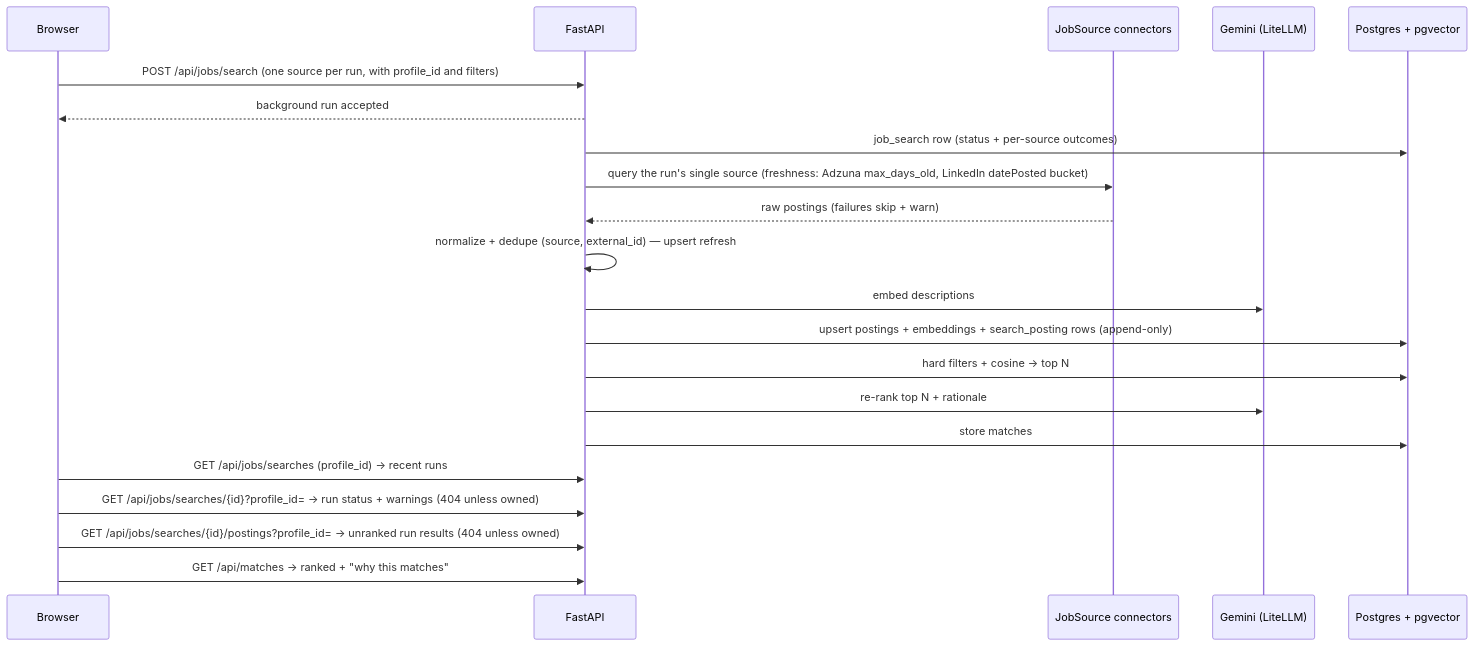
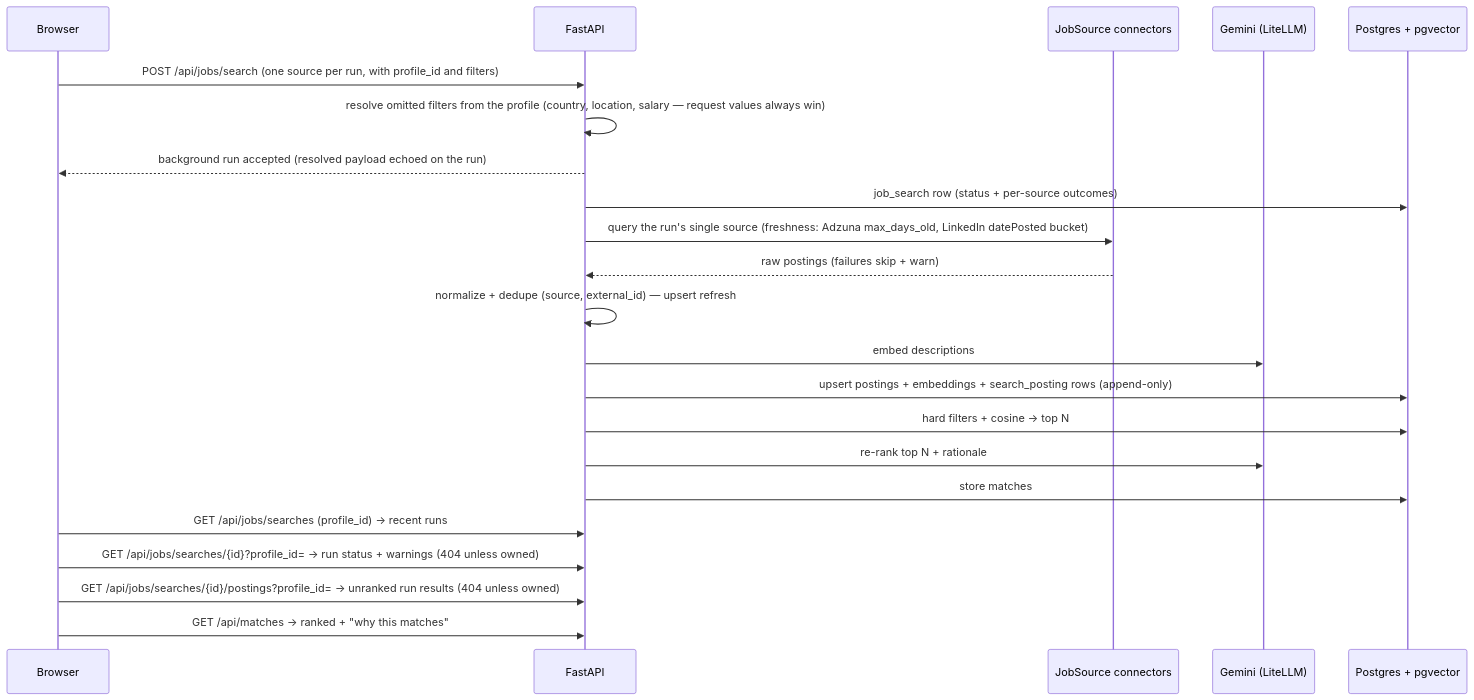
The third of 4 diagrams in docs/architecture.md (MSVhora/ai_job_assistant), drawn with Mermaid before and after one commit. The commit also changed other lines of this file and 25 other files, not shown here.

First line of the commit message:
feat(v4/31): profile-grounded queries + content-hash cache + profile-default search filters

````diff
--- a/docs/architecture.md
+++ b/docs/architecture.md
@@ -98,24 +98,25 @@
 ```mermaid
 sequenceDiagram
     participant B as Browser
     participant A as FastAPI
     participant C as JobSource connectors
     participant G as Gemini (LiteLLM)
     participant D as Postgres + pgvector
 
     B->>A: POST /api/jobs/search (one source per run, with profile_id and filters)
-    A-->>B: background run accepted
+    A->>A: resolve omitted filters from the profile (country, location, salary — request values always win)
+    A-->>B: background run accepted (resolved payload echoed on the run)
     A->>D: job_search row (status + per-source outcomes)
     A->>C: query the run's single source (freshness: Adzuna max_days_old, LinkedIn datePosted bucket)
     C-->>A: raw postings (failures skip + warn)
     A->>A: normalize + dedupe (source, external_id) — upsert refresh
     A->>G: embed descriptions
     A->>D: upsert postings + embeddings + search_posting rows (append-only)
     A->>D: hard filters + cosine → top N
     A->>G: re-rank top N + rationale
     A->>D: store matches
     B->>A: GET /api/jobs/searches (profile_id) -> recent runs
     B->>A: GET /api/jobs/searches/{id}?profile_id= → run status + warnings (404 unless owned)
     B->>A: GET /api/jobs/searches/{id}/postings?profile_id= → unranked run results (404 unless owned)
     B->>A: GET /api/matches → ranked + "why this matches"
 ```
````
